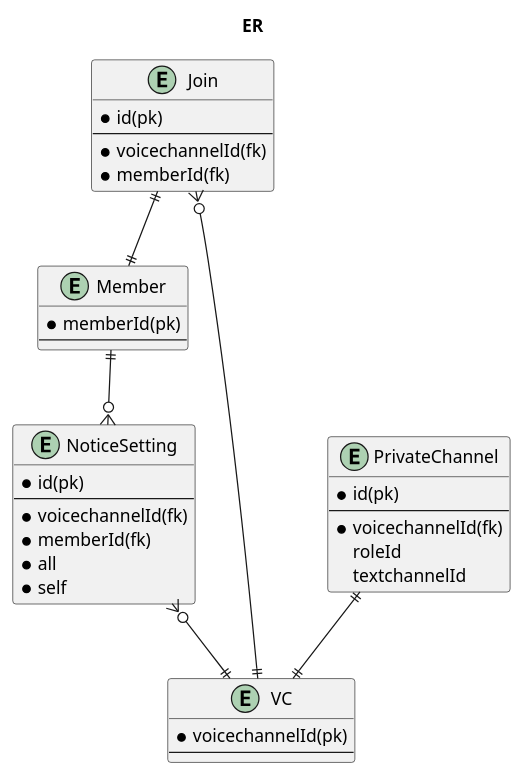
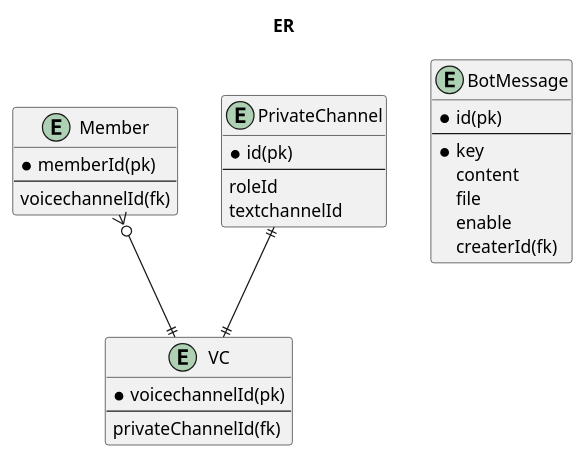
The diagram in plantuml/db.pu (aktnb/discordbot-ts-2), drawn with PlantUML before and after one commit. The commit also changed 16 other files, not shown here.

Commit message:
bot message

```diff
--- a/plantuml/db.pu
+++ b/plantuml/db.pu
@@ -1,37 +1,30 @@
 @startuml erd
 title ER
 entity Member {
   * memberId(pk)
   --
+  voicechannelId(fk)
 }
 entity VC {
   * voicechannelId(pk)
   --
-}
-entity Join {
-  * id(pk)
-  --
-  * voicechannelId(fk)
-  * memberId(fk)
+  privateChannelId(fk)
 }
 entity PrivateChannel {
   * id(pk)
   --
-  * voicechannelId(fk)
   roleId
   textchannelId
 }
-entity NoticeSetting {
+entity BotMessage {
   * id(pk)
   --
-  * voicechannelId(fk)
-  * memberId(fk)
-  * all
-  * self
+  * key
+  content
+  file
+  enable
+  createrId(fk)
 }
 PrivateChannel ||--|| VC
-Join ||--|| Member
-Join }o--|| VC
-NoticeSetting }o--|| VC
-Member ||--o{ NoticeSetting
+Member }o--|| VC
 @enduml
```
